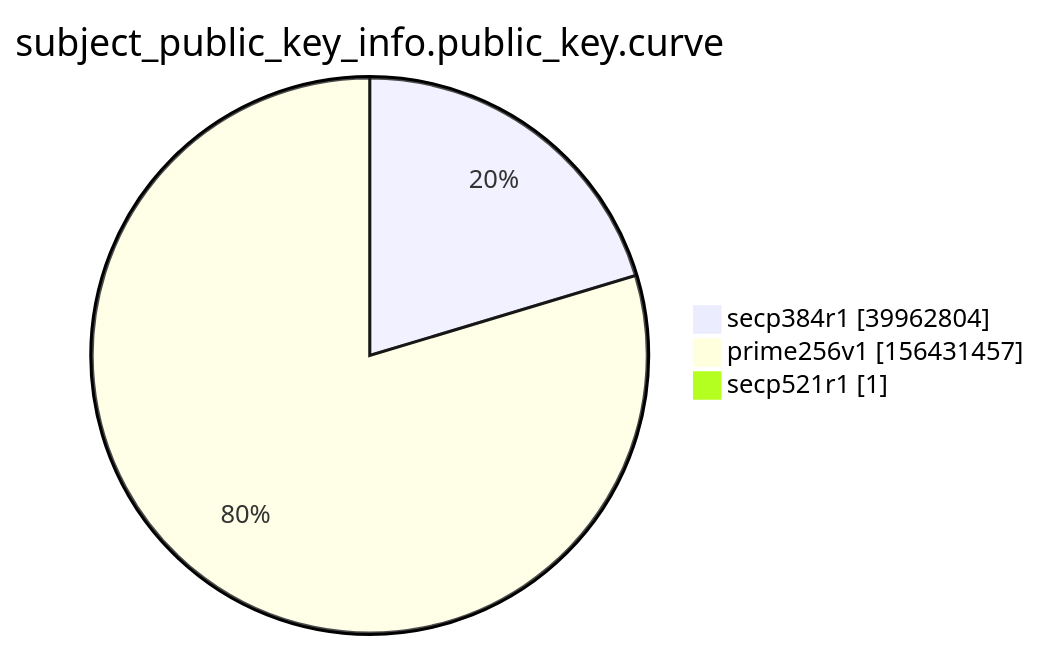
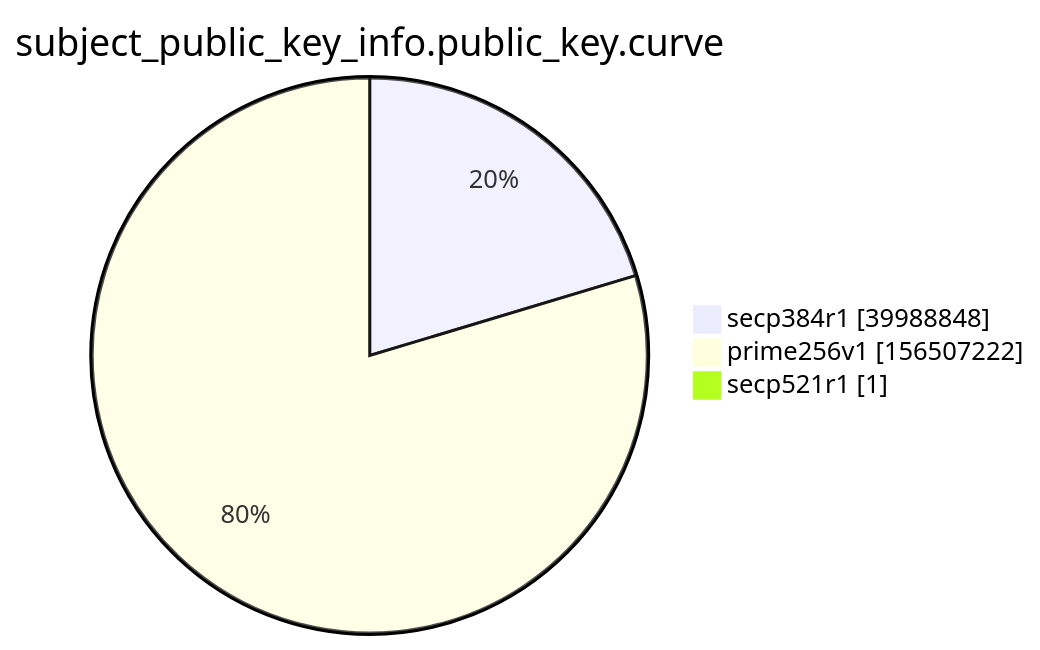
Before and after one commit to christiankrug/ctmonitor_visualization: the ninth of 15 diagrams in xenon2022/README.md, drawn with Mermaid. The commit also changed other lines of this file, not shown here.

````diff
--- a/xenon2022/README.md
+++ b/xenon2022/README.md
@@ -2866,7 +2866,7 @@
 ```mermaid
 pie showData
 title subject_public_key_info.public_key.curve
-"secp384r1" :39962804
-"prime256v1" :156431457
+"secp384r1" :39988848
+"prime256v1" :156507222
 "secp521r1" :1
 ```
````
